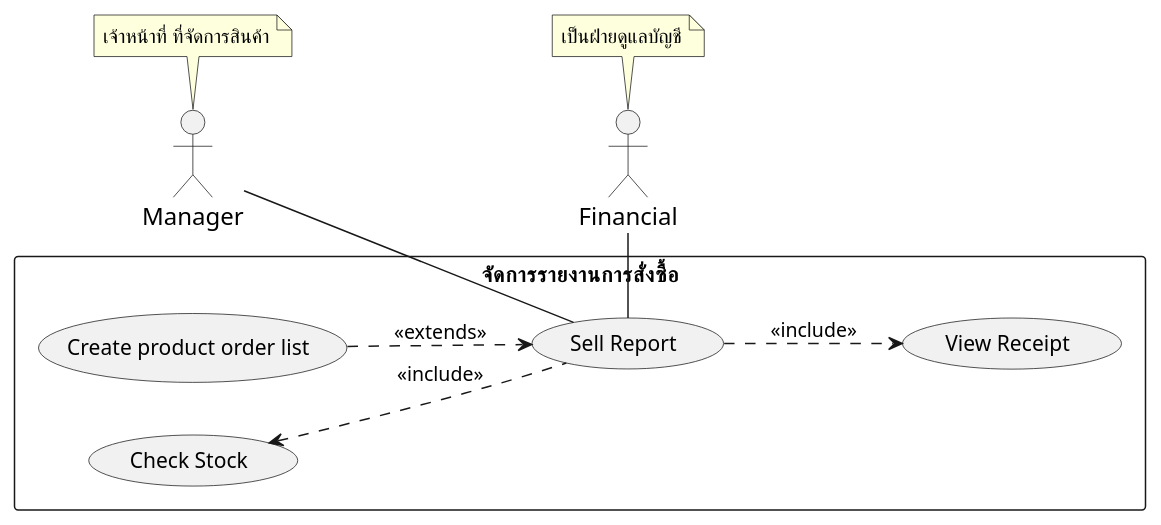
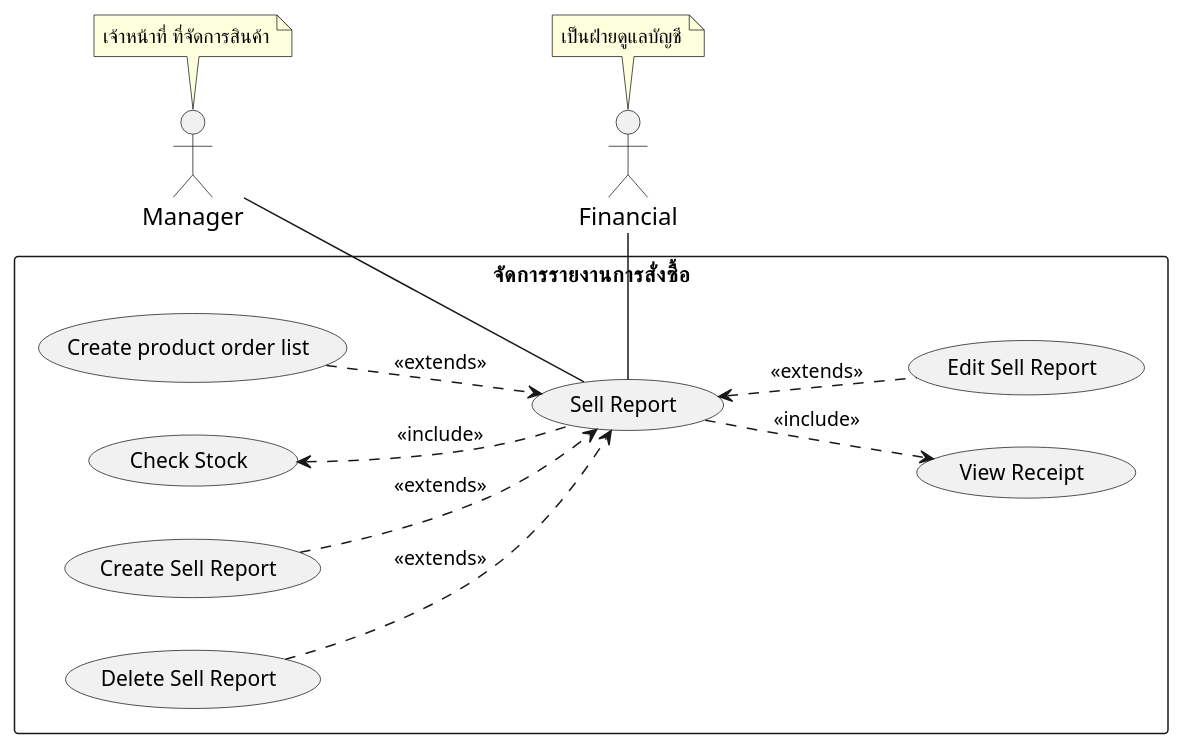
Before and after one commit to billowdev/inventory-system-plantuml-sequelize-seeder-example: the diagram in system-analysis/usecase/_8_usecase-sell-report.puml, drawn with PlantUML.

```diff
--- a/system-analysis/usecase/_8_usecase-sell-report.puml
+++ b/system-analysis/usecase/_8_usecase-sell-report.puml
@@ -1,86 +1,95 @@
 @startuml
 'https://plantuml.com/usecase-diagram
 left to right direction
 skinparam sequence {
     ParticipantFontName Thai
     ParticipantFontSize 16
     ActorFontSize 16
     ActorFontName Thai
 }
 'skinparam linetype polyline
 ' skinparam linetype ortho
 
 skinparam Participant{
     FontColor #efefef
     BorderColor #c0c0c0
 }
 skinparam Sequence{
     ParticipantBorderThickness .5
     LifeLineBorderColor #8a8a8a
 }
 
 
 ' =================== Manager ===================
 ' role - เจ้าหน้าที่ ที่จัดการสินค้า ให้คงคลังสินค้าอยู่เสมอ
 ' duty - บริหารจัดการ stock สินค้า ทั้งการจำหน่ายออก และการรับสินค้ารวมถึงการ
 ' ออกใบสั่งของ การเช็คสินค้าและการทำรายงานต่างๆ
 actor Manager as actorManager
 note top of actorManager : เจ้าหน้าที่ ที่จัดการสินค้า
 
 ' =================== Financial ===================
 ' role - เป็นฝ่ายดูแลบัญชีและการเงินของบริษัท
 ' duty - รับข้อมูลการซื้อและขายสินค้า
 actor Financial as actorFinancial
 note top of actorFinancial : เป็นฝ่ายดูแลบัญชี
 
 
 
 ' =================== Stock System ===================
 rectangle "จัดการรายงานการสั่งซื้อ" as manageSellReport {
 
     ' ================ Reporting ================
     '   การทำรายงาน
     usecase (Sell Report) as (usecaseSellReport)
 
 
 
     usecase (View Receipt) as (usecaseViewReceipt)
 
 
 
     usecase (Create product order list) as (usecaseCreateProductOrderList)
 
     ' ================ Stock ================
     usecase (Check Stock) as (usecaseCheckStock)
 
+  usecase (Create Sell Report) as (usecaseCreateSellReport)
+    usecase (Edit Sell Report) as (usecaseEditSellReport)
+    usecase (Delete Sell Report) as (usecaseDeleteSellReport)
 
 
     '===========================================================
     ' ===                  Associate Flow                    ===
     '===========================================================
 
     ' ===  ความสัมพันธ์ระหว่าง actor และ usecase ในส่วนของการสออกรายงาน ===
     actorManager -- (usecaseSellReport)
     actorFinancial -right- (usecaseSellReport)
 
 
     ' ================ Reporting ================
     '   การทำรายงาน
 
     (usecaseSellReport) ..> (usecaseViewReceipt)    : <<include>>
     (usecaseCheckStock)  <.. (usecaseSellReport)  : <<include>>
     (usecaseCreateProductOrderList) ..>  (usecaseSellReport)   : <<extends>>
 
+    (usecaseCreateSellReport) ..>  (usecaseSellReport)   : <<extends>>
+    (usecaseSellReport)   <.. (usecaseEditSellReport)   : <<extends>>
+    (usecaseDeleteSellReport) ..>  (usecaseSellReport)   : <<extends>>
+
+
+
 '    (usecaseViewProduct) <... (usecaseCreateProductOrderList) : <<include>>
 '    (usecaseConfirmOrderList) ..> (usecaseCreateProductOrderList) : <<extends>>
 '    (usecaseOrderProductFromSupplier) ...> (usecaseConfirmOrderList)  : <<extend>>
 '
 '    actorSupplier -- (usecaseOrderProductFromSupplier)
 '    actorCEO -- (usecaseConfirmOrderList)
 
 
 
 
 }
 
 @enduml
```
